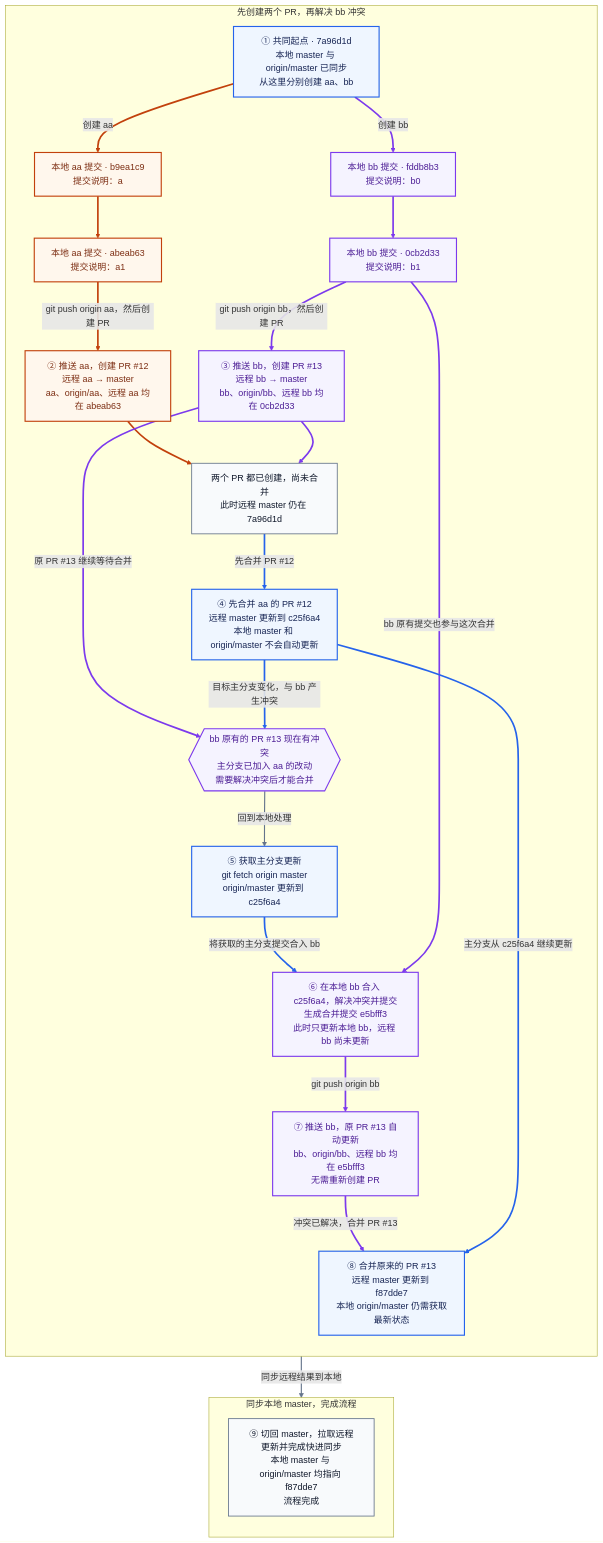
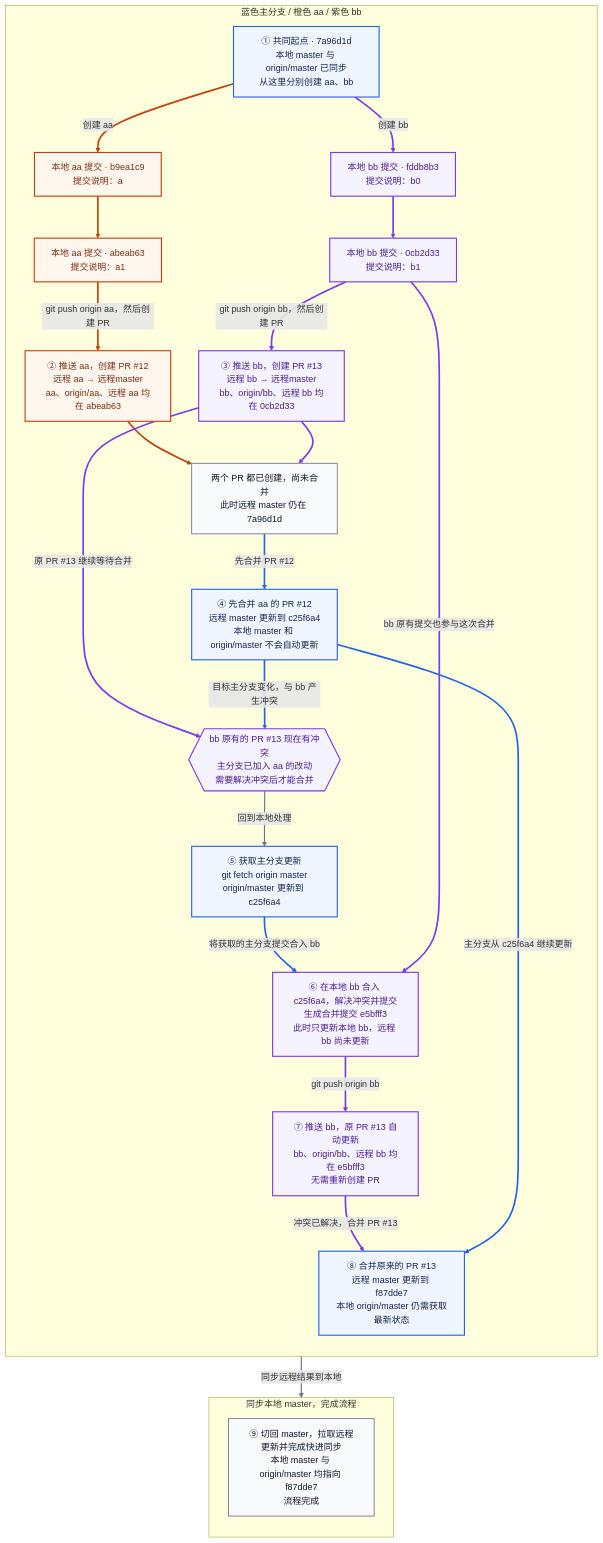
Before and after one commit to dcdmm/Script: the diagram in git-team-workflow-pr-first.md, drawn with Mermaid. The commit also changed other lines of this file and 2 other files, not shown here.

Commit message:
优化

````diff
--- a/git-team-workflow-pr-first.md
+++ b/git-team-workflow-pr-first.md
@@ -1,60 +1,60 @@
 ```mermaid
 flowchart TD
-    subgraph WORK["先创建两个 PR，再解决 bb 冲突"]
+    subgraph WORK["蓝色主分支 / 橙色 aa / 紫色 bb"]
         direction TD
 
         O["① 共同起点 · 7a96d1d<br/>本地 master 与 origin/master 已同步<br/>从这里分别创建 aa、bb"]
         A0["本地 aa 提交 · b9ea1c9<br/>提交说明：a"]
         A1["本地 aa 提交 · abeab63<br/>提交说明：a1"]
-        PA["② 推送 aa，创建 PR #12<br/>远程 aa → master<br/>aa、origin/aa、远程 aa 均在 abeab63"]
+        PA["② 推送 aa，创建 PR #12<br/>远程 aa → 远程master<br/>aa、origin/aa、远程 aa 均在 abeab63"]
         B0["本地 bb 提交 · fddb8b3<br/>提交说明：b0"]
         B1["本地 bb 提交 · 0cb2d33<br/>提交说明：b1"]
-        PB["③ 推送 bb，创建 PR #13<br/>远程 bb → master<br/>bb、origin/bb、远程 bb 均在 0cb2d33"]
+        PB["③ 推送 bb，创建 PR #13<br/>远程 bb → 远程master<br/>bb、origin/bb、远程 bb 均在 0cb2d33"]
         READY["两个 PR 都已创建，尚未合并<br/>此时远程 master 仍在 7a96d1d"]
         P12["④ 先合并 aa 的 PR #12<br/>远程 master 更新到 c25f6a4<br/>本地 master 和 origin/master 不会自动更新"]
         X{{"bb 原有的 PR #13 现在有冲突<br/>主分支已加入 aa 的改动<br/>需要解决冲突后才能合并"}}
         FETCH["⑤ 获取主分支更新<br/>git fetch origin master<br/>origin/master 更新到 c25f6a4"]
         M["⑥ 在本地 bb 合入 c25f6a4，解决冲突并提交<br/>生成合并提交 e5bfff3<br/>此时只更新本地 bb，远程 bb 尚未更新"]
         UPDATE["⑦ 推送 bb，原 PR #13 自动更新<br/>bb、origin/bb、远程 bb 均在 e5bfff3<br/>无需重新创建 PR"]
         P13["⑧ 合并原来的 PR #13<br/>远程 master 更新到 f87dde7<br/>本地 origin/master 仍需获取最新状态"]
     end
 
     subgraph FINISH["同步本地 master，完成流程"]
         direction TD
         SYNC["⑨ 切回 master，拉取远程更新并完成快进同步<br/>本地 master 与 origin/master 均指向 f87dde7<br/>流程完成"]
     end
 
     O -->|"创建 aa"| A0
     A0 --> A1
     A1 -->|"git push origin aa，然后创建 PR"| PA
     O -->|"创建 bb"| B0
     B0 --> B1
     B1 -->|"git push origin bb，然后创建 PR"| PB
     PA --> READY
     PB --> READY
     READY -->|"先合并 PR #12"| P12
     PB -->|"原 PR #13 继续等待合并"| X
     P12 -->|"目标主分支变化，与 bb 产生冲突"| X
     X -->|"回到本地处理"| FETCH
     FETCH -->|"将获取的主分支提交合入 bb"| M
     B1 -->|"bb 原有提交也参与这次合并"| M
     M -->|"git push origin bb"| UPDATE
     UPDATE -->|"冲突已解决，合并 PR #13"| P13
     P12 -->|"主分支从 c25f6a4 继续更新"| P13
     P13 -->|"同步远程结果到本地"| SYNC
 
     classDef mainNode fill:#eff6ff,stroke:#2563eb,color:#172554,stroke-width:2px;
     classDef aaNode fill:#fff7ed,stroke:#c2410c,color:#7c2d12,stroke-width:2px;
     classDef bbNode fill:#f5f3ff,stroke:#7c3aed,color:#4c1d95,stroke-width:2px;
     classDef actionNode fill:#f8fafc,stroke:#64748b,color:#0f172a,stroke-width:1.5px;
 
     class O,P12,FETCH,P13 mainNode;
     class A0,A1,PA aaNode;
     class B0,B1,PB,X,M,UPDATE bbNode;
     class READY,SYNC actionNode;
 
     linkStyle 0,1,2,6 stroke:#c2410c,stroke-width:3px;
     linkStyle 3,4,5,7,9,13,14,15 stroke:#7c3aed,stroke-width:3px;
     linkStyle 8,10,12,16 stroke:#2563eb,stroke-width:3px;
     linkStyle 11,17 stroke:#64748b,stroke-width:2px;
 ```
````
